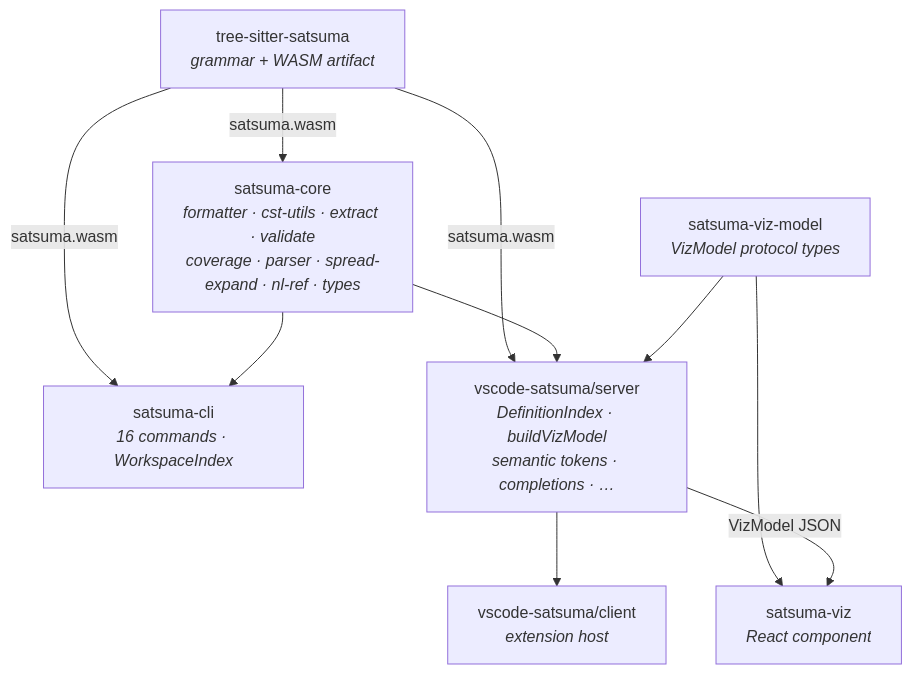
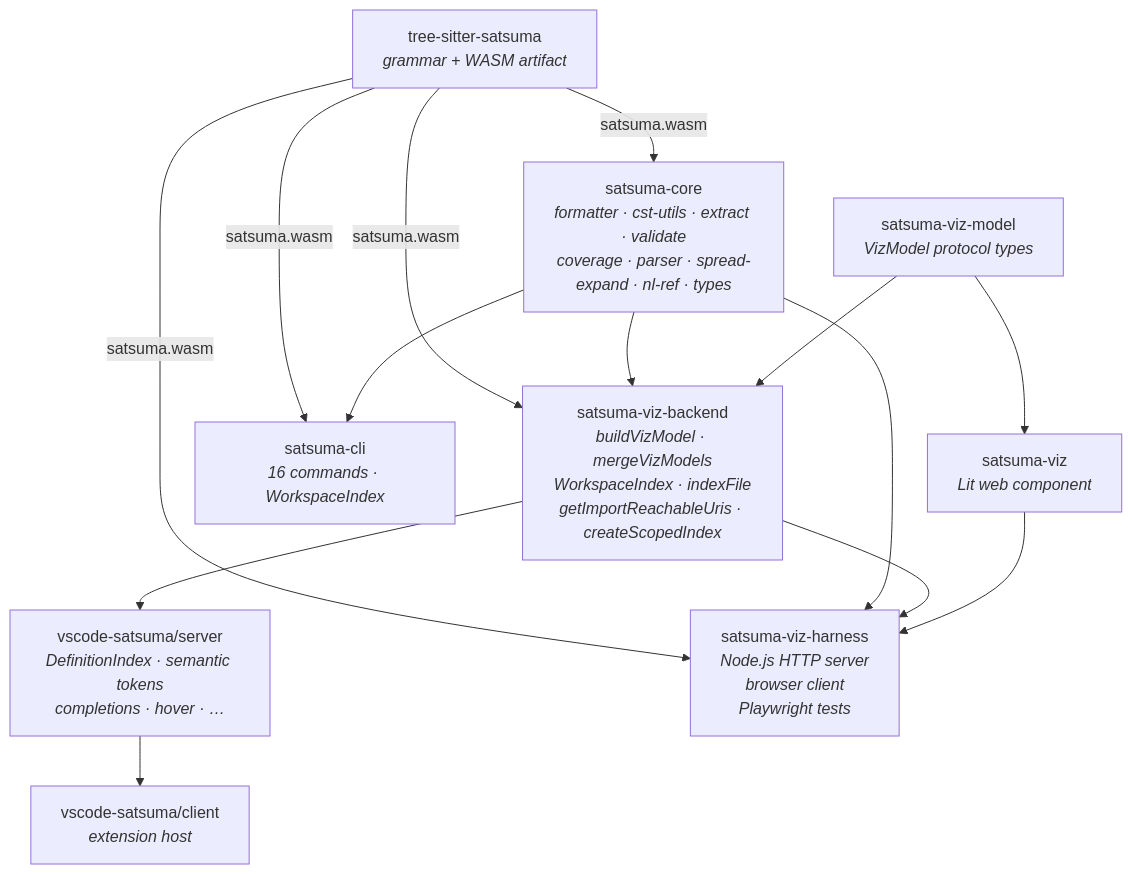
The first of 4 diagrams in docs/developer/ARCHITECTURE.md (thorbenlouw/satsuma-lang), drawn with Mermaid before and after one commit. The commit also changed other lines of this file and 19 other files, not shown here.

First line of the commit message:
feat(viz-harness): standalone browser harness + Playwright tests (sl-2jq2, sl-22fg, sl-66hf)

````diff
--- a/docs/developer/ARCHITECTURE.md
+++ b/docs/developer/ARCHITECTURE.md
@@ -24,20 +26,26 @@
 ```mermaid
 graph TD
   TS[tree-sitter-satsuma<br/><i>grammar + WASM artifact</i>]
   CORE[satsuma-core<br/><i>formatter · cst-utils · extract · validate<br/>coverage · parser · spread-expand · nl-ref · types</i>]
   VIZM[satsuma-viz-model<br/><i>VizModel protocol types</i>]
+  VIZB[satsuma-viz-backend<br/><i>buildVizModel · mergeVizModels<br/>WorkspaceIndex · indexFile<br/>getImportReachableUris · createScopedIndex</i>]
   CLI[satsuma-cli<br/><i>16 commands · WorkspaceIndex</i>]
-  LSP[vscode-satsuma/server<br/><i>DefinitionIndex · buildVizModel<br/>semantic tokens · completions · …</i>]
+  LSP[vscode-satsuma/server<br/><i>DefinitionIndex · semantic tokens<br/>completions · hover · …</i>]
   EXT[vscode-satsuma/client<br/><i>extension host</i>]
-  VIZ[satsuma-viz<br/><i>React component</i>]
+  VIZ[satsuma-viz<br/><i>Lit web component</i>]
+  HARNESS[satsuma-viz-harness<br/><i>Node.js HTTP server<br/>browser client<br/>Playwright tests</i>]
 
   TS -- "satsuma.wasm" --> CORE
   TS -- "satsuma.wasm" --> CLI
-  TS -- "satsuma.wasm" --> LSP
+  TS -- "satsuma.wasm" --> VIZB
+  TS -- "satsuma.wasm" --> HARNESS
   CORE --> CLI
-  CORE --> LSP
-  VIZM --> LSP
+  CORE --> VIZB
+  CORE --> HARNESS
+  VIZM --> VIZB
   VIZM --> VIZ
+  VIZB --> LSP
+  VIZB --> HARNESS
+  VIZ --> HARNESS
   LSP --> EXT
-  LSP -- "VizModel JSON" --> VIZ
 ```
````
